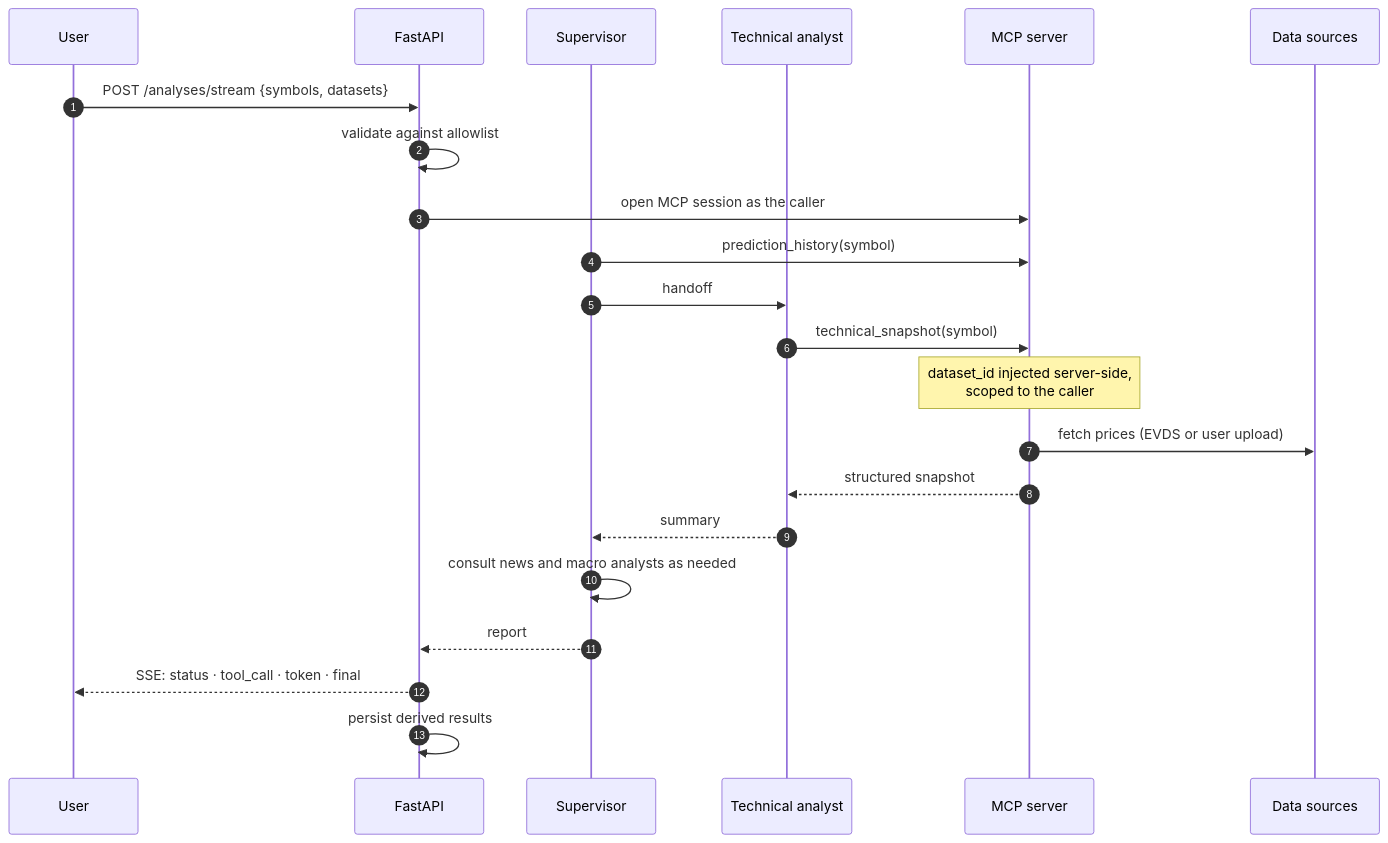
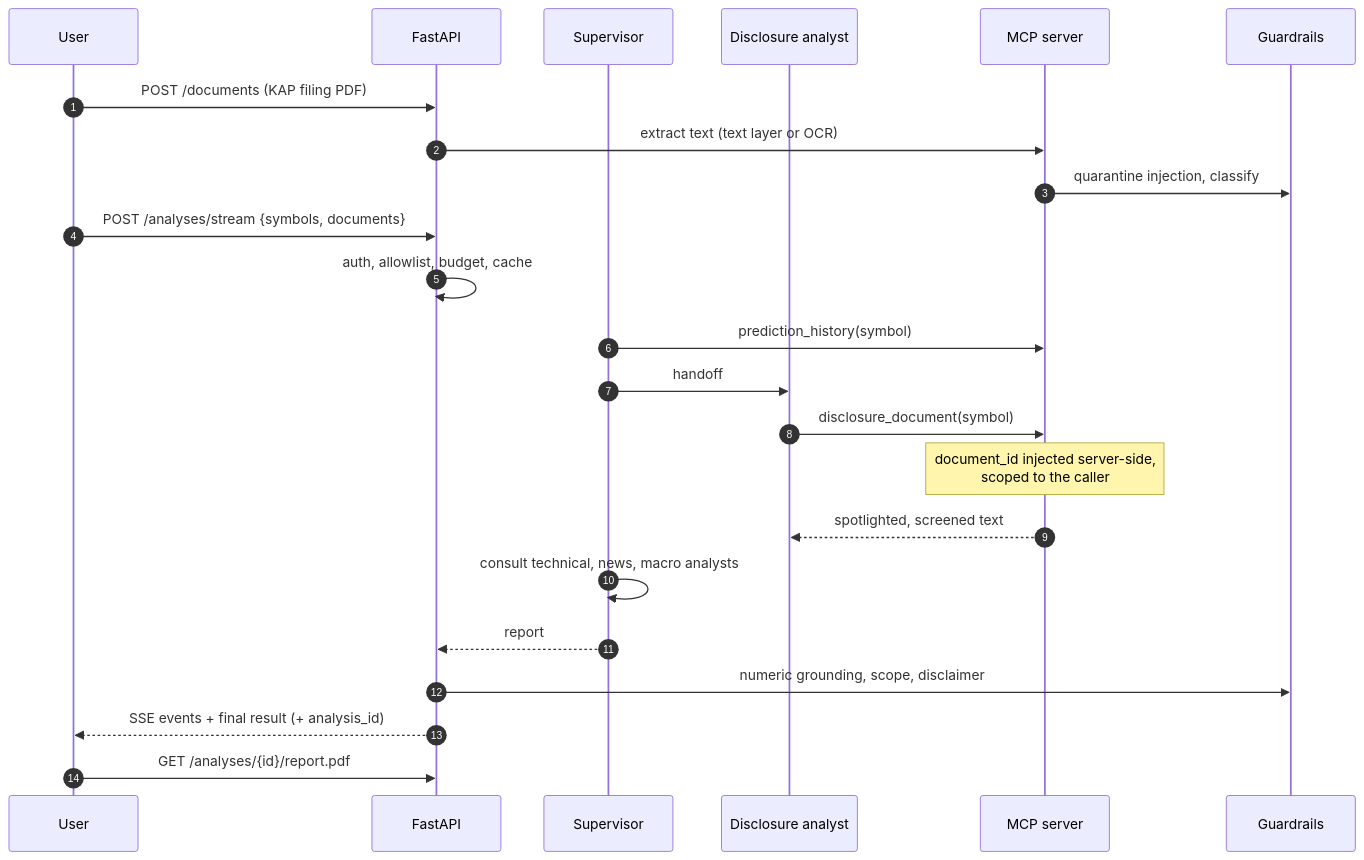
Before and after one commit to MuhammetAliVarlik/AgenticInvestingEngine: the second of 3 diagrams in README.md, drawn with Mermaid. The commit also changed other lines of this file and 9 other files, not shown here.

````diff
--- a/README.md
+++ b/README.md
@@ -107,25 +110,26 @@
 ```mermaid
 sequenceDiagram
     autonumber
     participant U as User
     participant API as FastAPI
     participant S as Supervisor
-    participant T as Technical analyst
+    participant D as Disclosure analyst
     participant M as MCP server
-    participant D as Data sources
+    participant G as Guardrails
 
-    U->>API: POST /analyses/stream {symbols, datasets}
-    API->>API: validate against allowlist
-    API->>M: open MCP session as the caller
+    U->>API: POST /documents (KAP filing PDF)
+    API->>M: extract text (text layer or OCR)
+    M->>G: quarantine injection, classify
+    U->>API: POST /analyses/stream {symbols, documents}
+    API->>API: auth, allowlist, budget, cache
     S->>M: prediction_history(symbol)
-    S->>T: handoff
-    T->>M: technical_snapshot(symbol)
-    Note over M: dataset_id injected server-side,<br/>scoped to the caller
-    M->>D: fetch prices (EVDS or user upload)
-    M-->>T: structured snapshot
-    T-->>S: summary
-    S->>S: consult news and macro analysts as needed
+    S->>D: handoff
+    D->>M: disclosure_document(symbol)
+    Note over M: document_id injected server-side,<br/>scoped to the caller
+    M-->>D: spotlighted, screened text
+    S->>S: consult technical, news, macro analysts
     S-->>API: report
-    API-->>U: SSE: status · tool_call · token · final
-    API->>API: persist derived results
+    API->>G: numeric grounding, scope, disclaimer
+    API-->>U: SSE events + final result (+ analysis_id)
+    U->>API: GET /analyses/{id}/report.pdf
 ```
````
